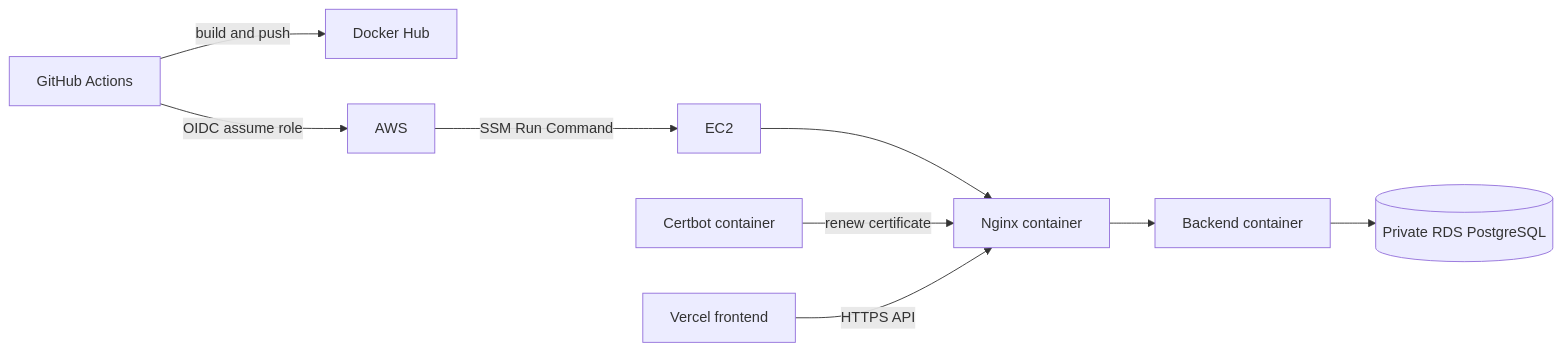
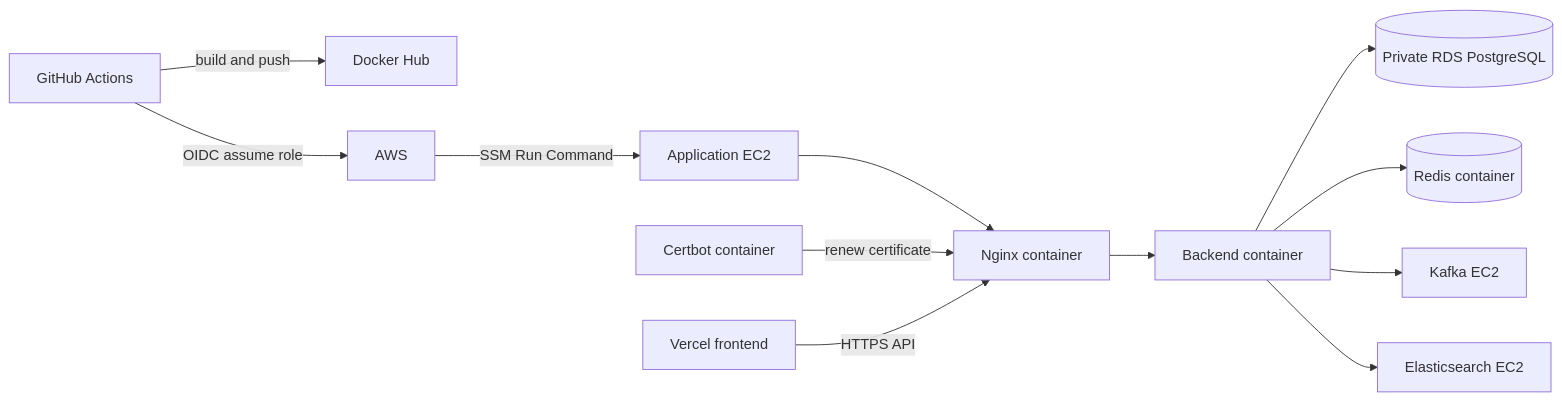
Before and after one commit to xixvivji/SKALA-shop-api: the diagram in deploy/README.md, drawn with Mermaid. The commit also changed other lines of this file and 4 other files, not shown here.

````diff
--- a/deploy/README.md
+++ b/deploy/README.md
@@ -21,11 +23,14 @@
 ```mermaid
 flowchart LR
     GH[GitHub Actions] -->|build and push| DH[Docker Hub]
     GH -->|OIDC assume role| AWS[AWS]
-    AWS -->|SSM Run Command| EC2[EC2]
+    AWS -->|SSM Run Command| EC2[Application EC2]
     EC2 --> N[Nginx container]
     N --> B[Backend container]
     B --> R[(Private RDS PostgreSQL)]
+    B --> RD[(Redis container)]
+    B --> K[Kafka EC2]
+    B --> E[Elasticsearch EC2]
     C[Certbot container] -->|renew certificate| N
     V[Vercel frontend] -->|HTTPS API| N
 ```
````
